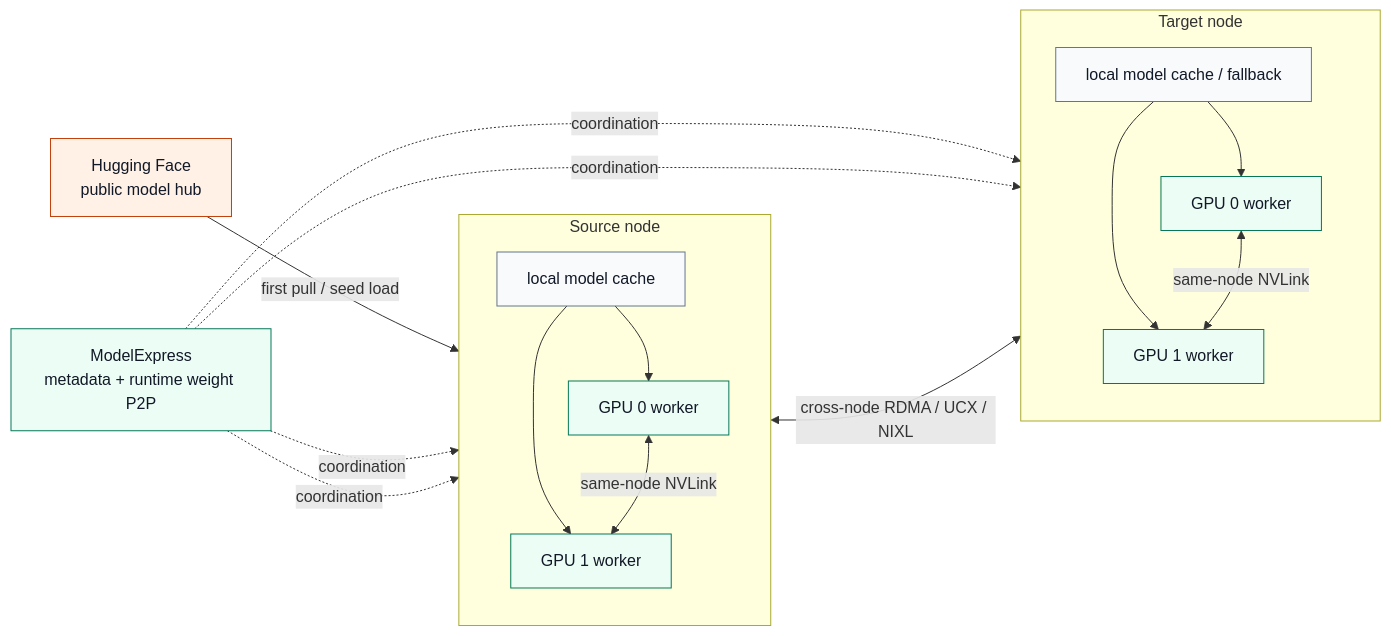
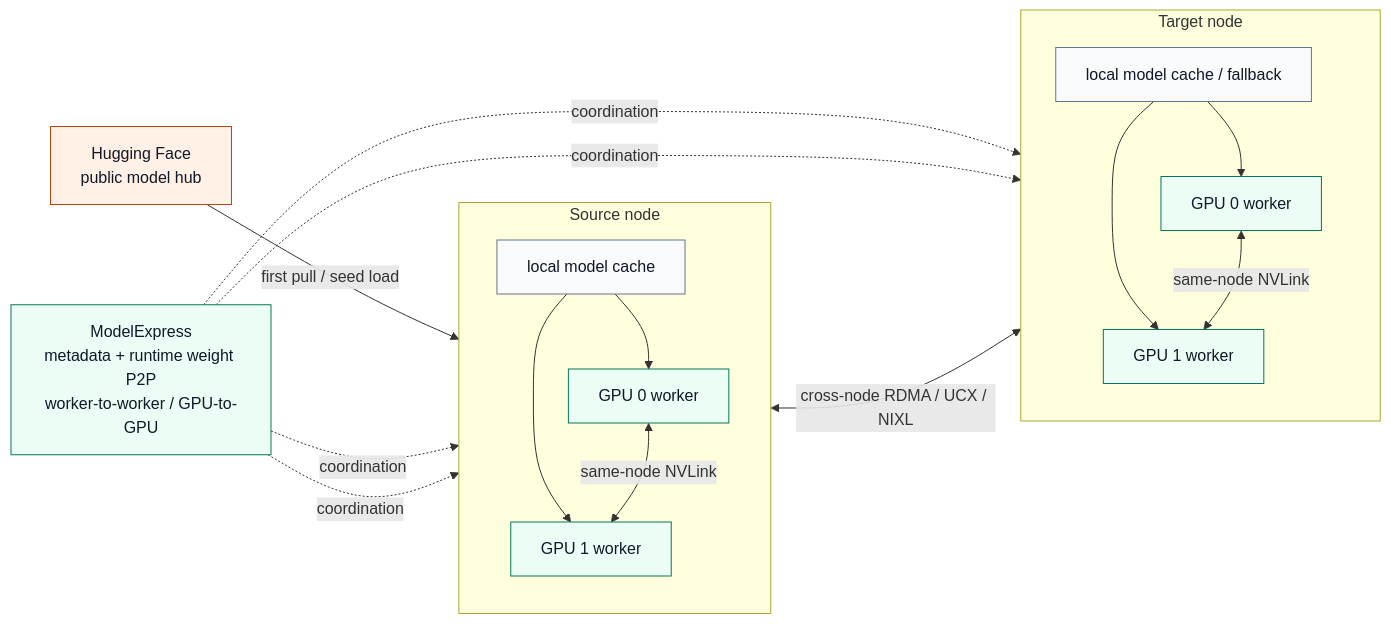
The fourth of 4 diagrams in docs/blog/2026-04-28/2026-04-28-understanding-model-distribution-stack_zh.md (pacoxu/AI-Infra), drawn with Mermaid before and after one commit. The commit also changed other lines of this file and 1 other file, not shown here.

````diff
--- a/docs/blog/2026-04-28/2026-04-28-understanding-model-distribution-stack_zh.md
+++ b/docs/blog/2026-04-28/2026-04-28-understanding-model-distribution-stack_zh.md
@@ -231,42 +243,42 @@
 ```mermaid
 flowchart LR
   classDef public fill:#fff1e6,stroke:#c2410c,color:#111827;
   classDef runtime fill:#ecfdf5,stroke:#047857,color:#111827;
   classDef neutral fill:#f8fafc,stroke:#64748b,color:#111827;
 
   HF["Hugging Face<br/>public model hub"]
-  ME["ModelExpress<br/>metadata + runtime weight P2P"]
+  ME["ModelExpress<br/>metadata + runtime weight P2P<br/>worker-to-worker / GPU-to-GPU"]
 
   subgraph N1["Source node"]
     direction TB
     F1["local model cache"]
     W11["GPU 0 worker"]
     W12["GPU 1 worker"]
   end
 
   subgraph N2["Target node"]
     direction TB
     F2["local model cache / fallback"]
     W21["GPU 0 worker"]
     W22["GPU 1 worker"]
   end
 
   HF -->|"first pull / seed load"| F1
   F1 --> W11
   F1 --> W12
   F2 --> W21
   F2 --> W22
 
   ME -. "coordination" .-> W11
   ME -. "coordination" .-> W12
   ME -. "coordination" .-> W21
   ME -. "coordination" .-> W22
 
   W11 <-->|"same-node NVLink"| W12
   W12 <-->|"cross-node RDMA / UCX / NIXL"| W21
   W21 <-->|"same-node NVLink"| W22
 
   class HF public;
   class ME,W11,W12,W21,W22 runtime;
   class F1,F2 neutral;
 ```
````
